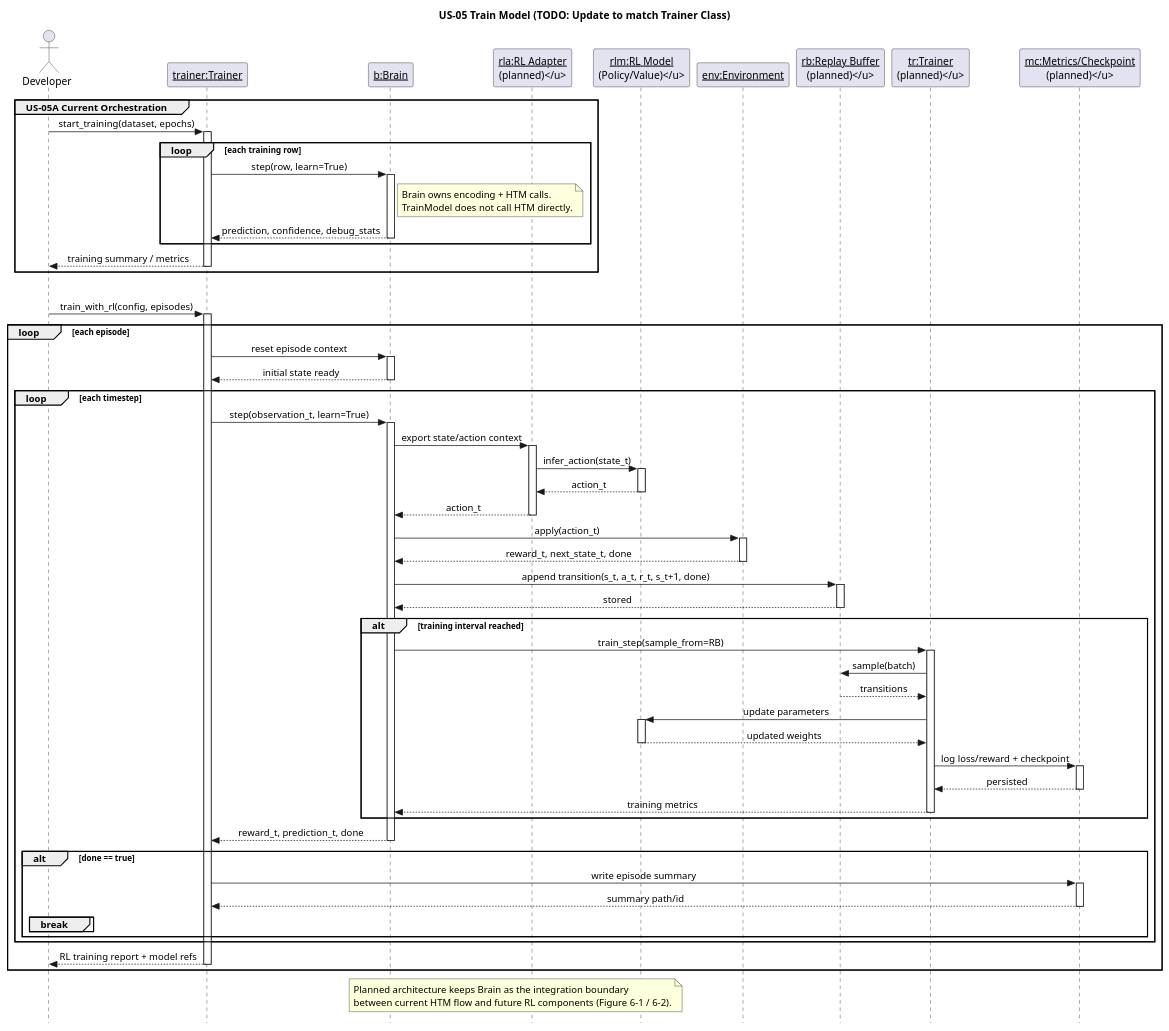
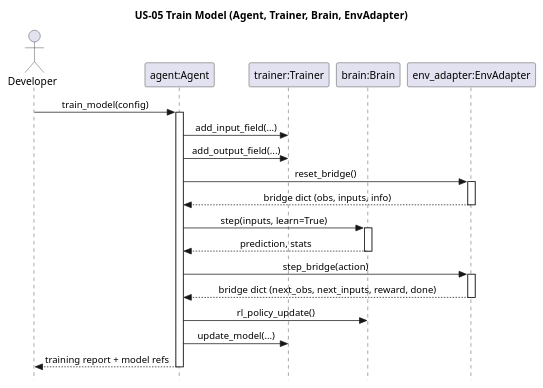
Before and after one commit to egrembocki/htmrl: the diagram in docs/puml/US/us-05.puml, drawn with PlantUML. The commit also changed 4 other files, not shown here.

```diff
--- a/docs/puml/US/us-05.puml
+++ b/docs/puml/US/us-05.puml
@@ -1,108 +1,34 @@
-@startuml
+@startuml us-05-train-model
 skinparam style strictuml
 skinparam sequenceMessageAlign center
 skinparam responseMessageBelowArrow true
 
-title US-05 Train Model (TODO: Update to match Trainer Class)
+title US-05 Train Model (Agent, Trainer, Brain, EnvAdapter)
 
 actor Developer as D
-participant "<u>trainer:Trainer</u>" as TM
-participant "<u>b:Brain</u>" as B
-participant "<u>rla:RL Adapter\n(planned)</u>" as RLA
-participant "<u>rlm:RL Model\n(Policy/Value)</u>" as RLM
-participant "<u>env:Environment</u>" as ENV
-participant "<u>rb:Replay Buffer\n(planned)</u>" as RB
-participant "<u>tr:Trainer\n(planned)</u>" as TR
-participant "<u>mc:Metrics/Checkpoint\n(planned)</u>" as MC
+participant "agent:Agent" as AG
+participant "trainer:Trainer" as TM
+participant "brain:Brain" as B
+participant "env_adapter:EnvAdapter" as EA
 
-group US-05A Current Orchestration
-  D -> TM: start_training(dataset, epochs)
-  activate TM
-
-  loop each training row
-    TM -> B: step(row, learn=True)
-    activate B
-    note right of B
-      Brain owns encoding + HTM calls.
-      TrainModel does not call HTM directly.
-    end note
-
-    B --> TM: prediction, confidence, debug_stats
-    deactivate B
-  end
-
-  TM --> D: training summary / metrics
-  deactivate TM
-end
-
-group US-05B Planned RL Training Loop (Brain as RL Interface)
-  D -> TM: train_with_rl(config, episodes)
-  activate TM
-
-  loop each episode
-    TM -> B: reset episode context
-    activate B
-    B --> TM: initial state ready
-    deactivate B
-
-    loop each timestep
-      TM -> B: step(observation_t, learn=True)
-      activate B
-      B -> RLA: export state/action context
-      activate RLA
-      RLA -> RLM: infer_action(state_t)
-      activate RLM
-      RLM --> RLA: action_t
-      deactivate RLM
-      RLA --> B: action_t
-      deactivate RLA
-
-      B -> ENV: apply(action_t)
-      activate ENV
-      ENV --> B: reward_t, next_state_t, done
-      deactivate ENV
-
-      B -> RB: append transition(s_t, a_t, r_t, s_t+1, done)
-      activate RB
-      RB --> B: stored
-      deactivate RB
-
-      alt training interval reached
-        B -> TR: train_step(sample_from=RB)
-        activate TR
-        TR -> RB: sample(batch)
-        RB --> TR: transitions
-        TR -> RLM: update parameters
-        activate RLM
-        RLM --> TR: updated weights
-        deactivate RLM
-        TR -> MC: log loss/reward + checkpoint
-        activate MC
-        MC --> TR: persisted
-        deactivate MC
-        TR --> B: training metrics
-        deactivate TR
-      end
-
-      B --> TM: reward_t, prediction_t, done
-      deactivate B
-
-      alt done == true
-        TM -> MC: write episode summary
-        activate MC
-        MC --> TM: summary path/id
-        deactivate MC
-        break
-      end
-    end
-  end
-
-  TM --> D: RL training report + model refs
-  deactivate TM
-end
-
-note over B,RLM
-Planned architecture keeps Brain as the integration boundary
-between current HTM flow and future RL components (Figure 6-1 / 6-2).
-end note
+D -> AG: train_model(config)
+activate AG
+AG -> TM: add_input_field(...)
+AG -> TM: add_output_field(...)
+AG -> EA: reset_bridge()
+activate EA
+EA --> AG: bridge dict (obs, inputs, info)
+deactivate EA
+AG -> B: step(inputs, learn=True)
+activate B
+B --> AG: prediction, stats
+deactivate B
+AG -> EA: step_bridge(action)
+activate EA
+EA --> AG: bridge dict (next_obs, next_inputs, reward, done)
+deactivate EA
+AG -> B: rl_policy_update()
+AG -> TM: update_model(...)
+AG --> D: training report + model refs
+deactivate AG
 @enduml
```
